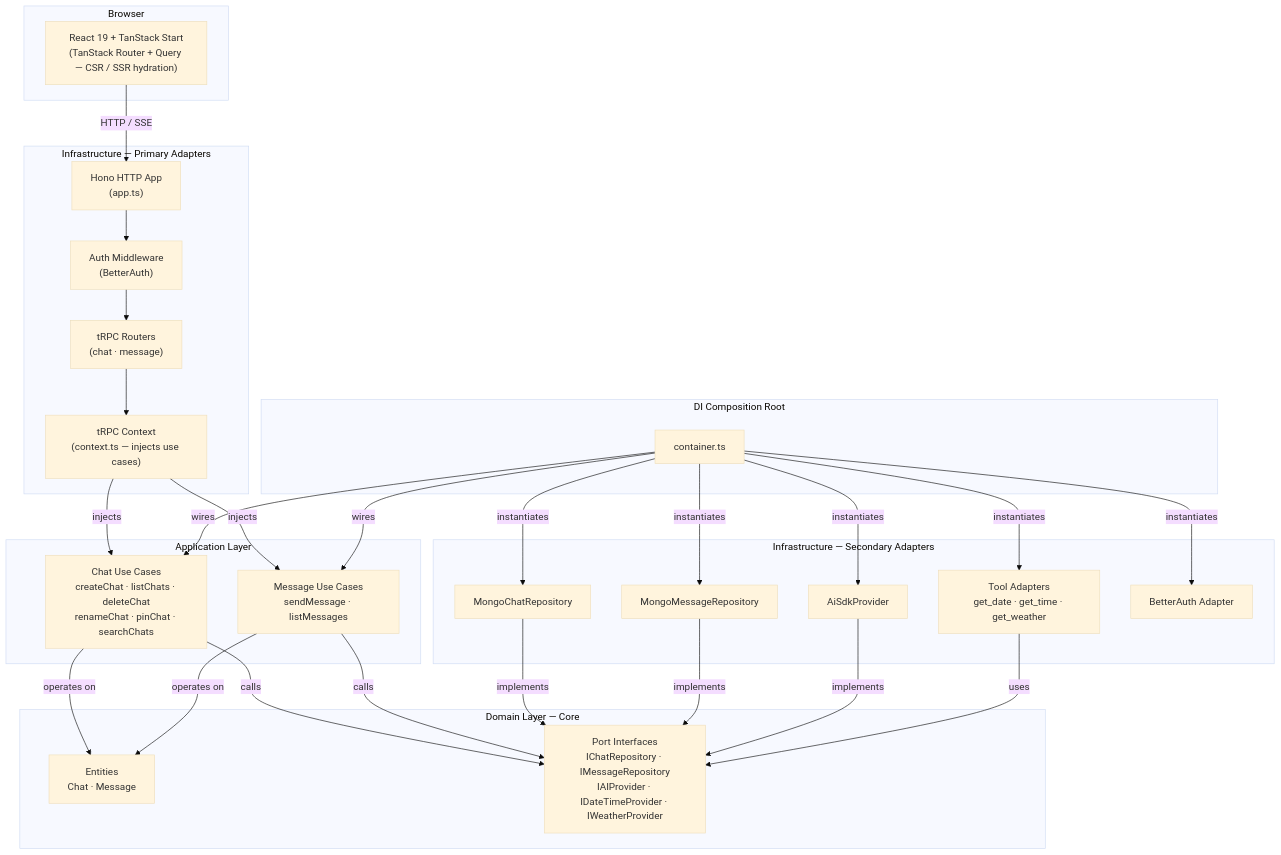
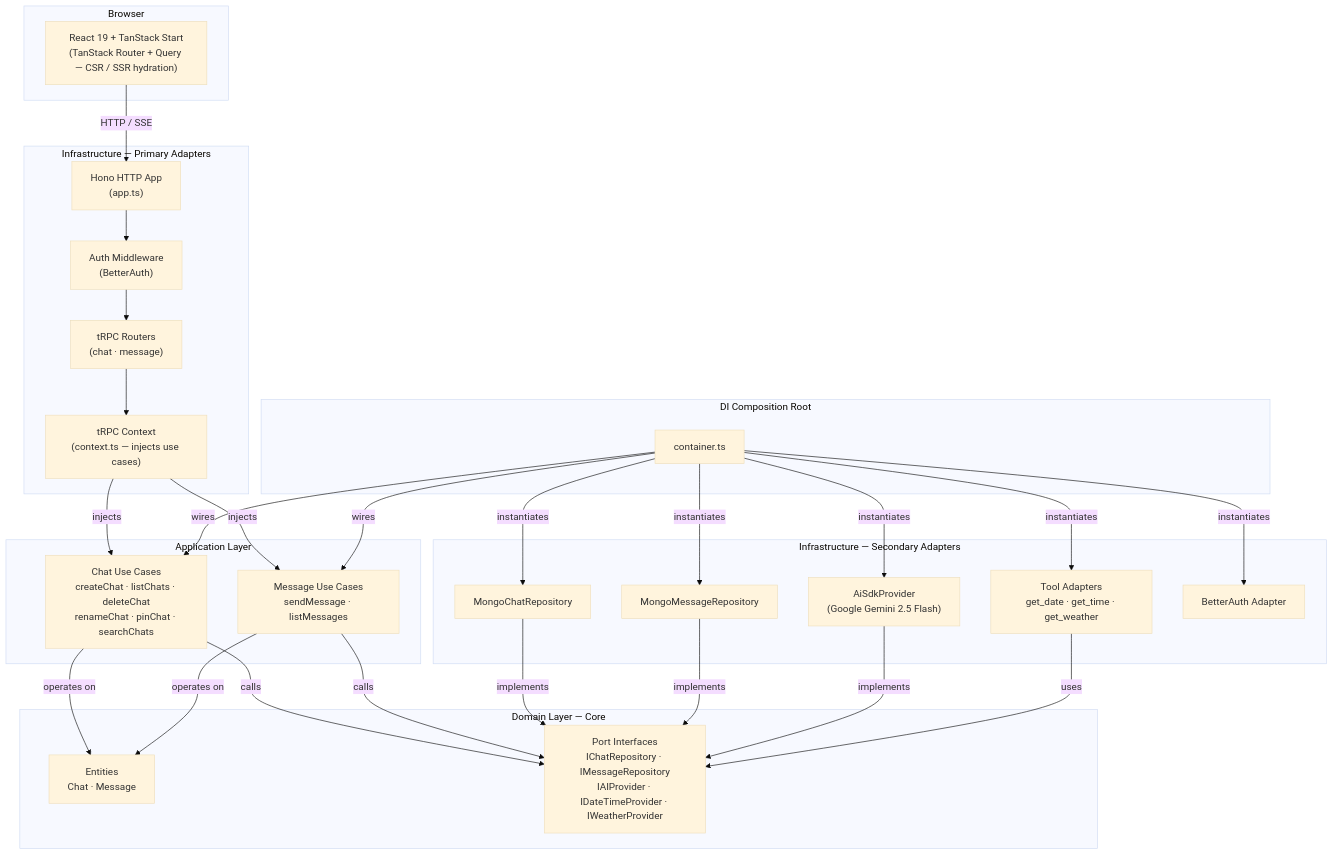
The first of 10 diagrams in openspec/diagrams.md (Gabi-Einz/ai-assistant), drawn with Mermaid (base theme) before and after one commit. The commit also changed other lines of this file, not shown here.

Commit message:
update diagrams

````diff
--- a/openspec/diagrams.md
+++ b/openspec/diagrams.md
@@ -7,45 +7,45 @@
 ```mermaid
 graph TB
     subgraph BROWSER["Browser"]
         B["React 19 + TanStack Start\n(TanStack Router + Query — CSR / SSR hydration)"]
     end
 
     subgraph PRIMARY["Infrastructure — Primary Adapters"]
         HONO["Hono HTTP App\n(app.ts)"]
         AUTH_MW["Auth Middleware\n(BetterAuth)"]
         TRPC_R["tRPC Routers\n(chat · message)"]
         CTX["tRPC Context\n(context.ts — injects use cases)"]
     end
 
     subgraph APP["Application Layer"]
         UC_CHAT["Chat Use Cases\ncreateChat · listChats · deleteChat\nrenameChat · pinChat · searchChats"]
         UC_MSG["Message Use Cases\nsendMessage · listMessages"]
     end
 
     subgraph DOMAIN["Domain Layer — Core"]
         ENTITIES["Entities\nChat · Message"]
         PORTS["Port Interfaces\nIChatRepository · IMessageRepository\nIAIProvider · IDateTimeProvider · IWeatherProvider"]
     end
 
     subgraph SECONDARY["Infrastructure — Secondary Adapters"]
         MCR["MongoChatRepository"]
         MMR["MongoMessageRepository"]
-        AI["AiSdkProvider"]
+        AI["AiSdkProvider\n(Google Gemini 2.5 Flash)"]
         TOOLS["Tool Adapters\nget_date · get_time · get_weather"]
         BA["BetterAuth Adapter"]
     end
 
     subgraph DI["DI Composition Root"]
         CONT["container.ts"]
     end
 
     B -->|"HTTP / SSE"| HONO
     HONO --> AUTH_MW --> TRPC_R --> CTX
     CTX -->|"injects"| UC_CHAT & UC_MSG
     UC_CHAT & UC_MSG -->|"operates on"| ENTITIES
     UC_CHAT & UC_MSG -->|"calls"| PORTS
     MCR & MMR & AI -->|"implements"| PORTS
     TOOLS -->|"uses"| PORTS
     CONT -->|"wires"| UC_CHAT & UC_MSG
     CONT -->|"instantiates"| MCR & MMR & AI & TOOLS & BA
 ```
````
